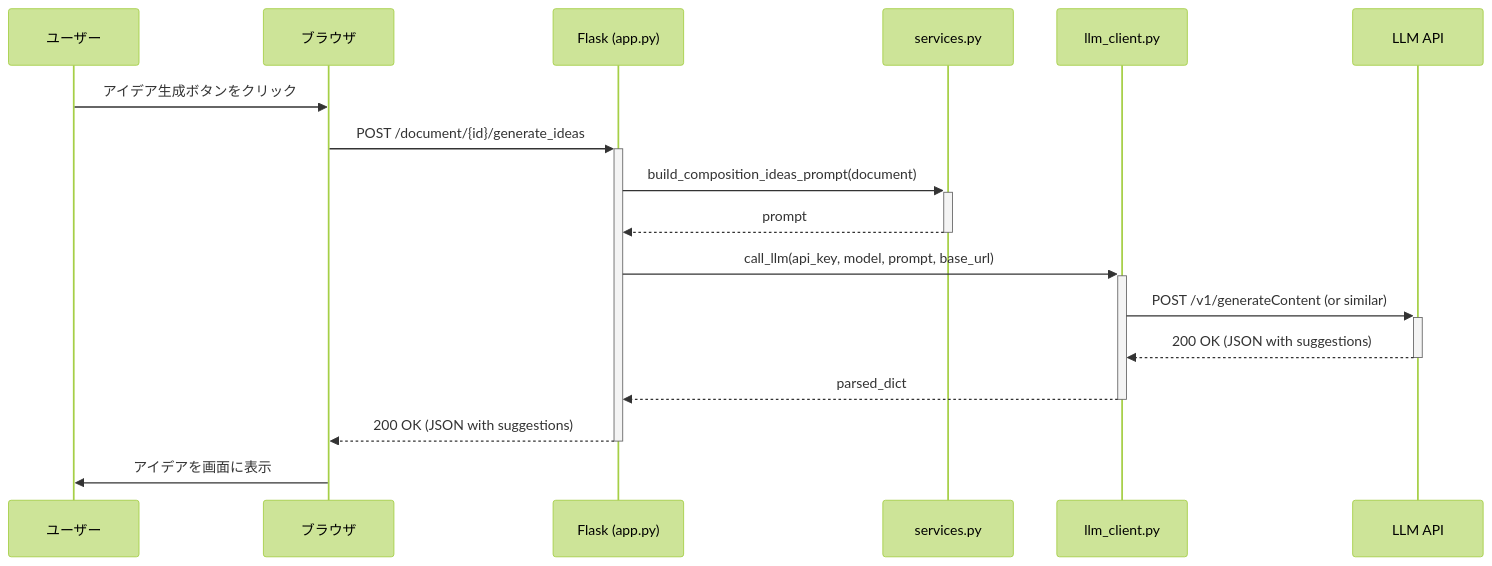
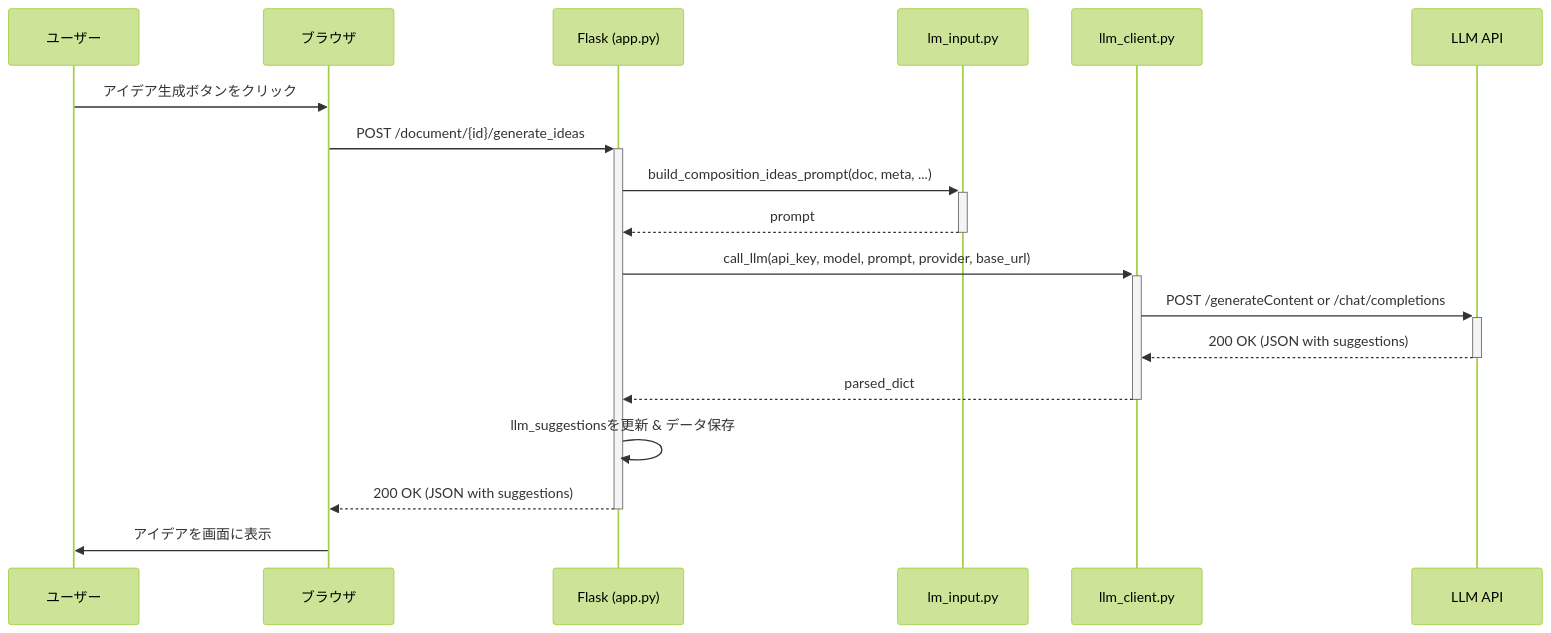
One commit to plainpineq/otsumonogatari changed the second of 3 diagrams in system_design_document.md. Above: the diagram before and after it, drawn with Mermaid (forest theme). The commit also changed other lines of this file, not shown here.

````diff
--- a/system_design_document.md
+++ b/system_design_document.md
@@ -221,20 +202,21 @@
 ```mermaid
 sequenceDiagram
     participant User as ユーザー
     participant Browser as ブラウザ
     participant Flask as Flask (app.py)
-    participant Services as services.py
+    participant LLMInput as lm_input.py
     participant LLMClient as llm_client.py
     participant LLM_API as LLM API
 
     User->>Browser: アイデア生成ボタンをクリック
     Browser->>+Flask: POST /document/{id}/generate_ideas
-    Flask->>+Services: build_composition_ideas_prompt(document)
-    Services-->>-Flask: prompt
-    Flask->>+LLMClient: call_llm(api_key, model, prompt, base_url)
-    LLMClient->>+LLM_API: POST /v1/generateContent (or similar)
+    Flask->>+LLMInput: build_composition_ideas_prompt(doc, meta, ...)
+    LLMInput-->>-Flask: prompt
+    Flask->>+LLMClient: call_llm(api_key, model, prompt, provider, base_url)
+    LLMClient->>+LLM_API: POST /generateContent or /chat/completions
     LLM_API-->>-LLMClient: 200 OK (JSON with suggestions)
     LLMClient-->>-Flask: parsed_dict
+    Flask->>Flask: llm_suggestionsを更新 & データ保存
     Flask-->>-Browser: 200 OK (JSON with suggestions)
     Browser->>User: アイデアを画面に表示
 ```
````
